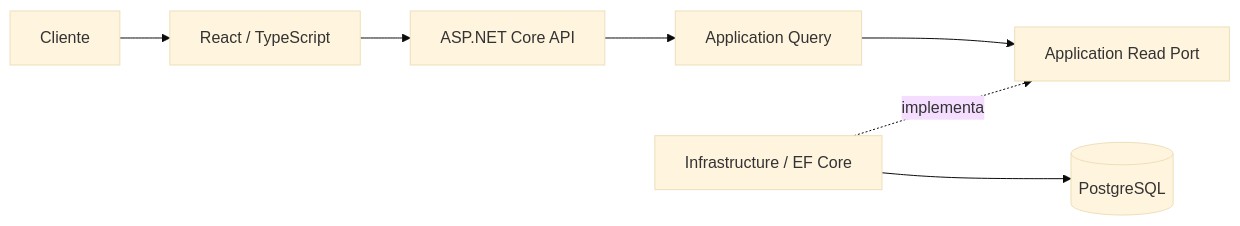
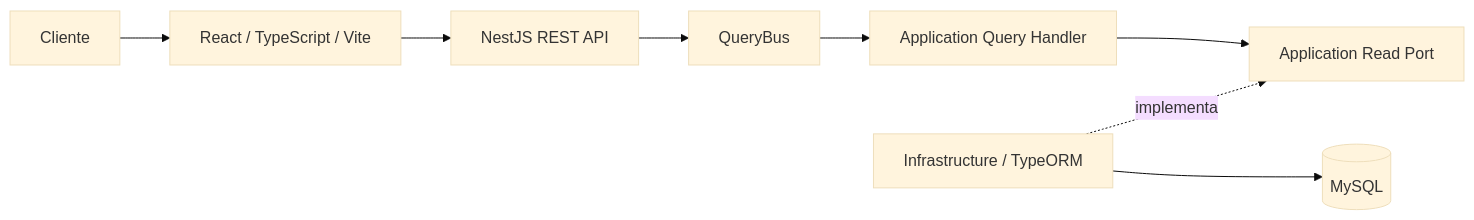
One commit to cromaticacreativa/project-cromaticacreativa-web changed the first of 4 diagrams in README.md. Above: the diagram before and after it, drawn with Mermaid (base theme). The commit also changed other lines of this file and 276 other files, not shown here.

````diff
--- a/README.md
+++ b/README.md
@@ -91,9 +91,10 @@
 ```mermaid
 flowchart LR
-    client["Cliente"] --> react["React / TypeScript"]
-    react --> publicApi["ASP.NET Core API"]
-    publicApi --> publicQuery["Application Query"]
-    publicQuery --> readPort["Application Read Port"]
-    ef["Infrastructure / EF Core"] -. "implementa" .-> readPort
-    ef --> database[("PostgreSQL")]
+    cliente["Cliente"] --> react["React / TypeScript / Vite"]
+    react --> api["NestJS REST API"]
+    api --> queryBus["QueryBus"]
+    queryBus --> handler["Application Query Handler"]
+    handler --> port["Application Read Port"]
+    typeorm["Infrastructure / TypeORM"] -. "implementa" .-> port
+    typeorm --> mysql[("MySQL")]
 ```
````
